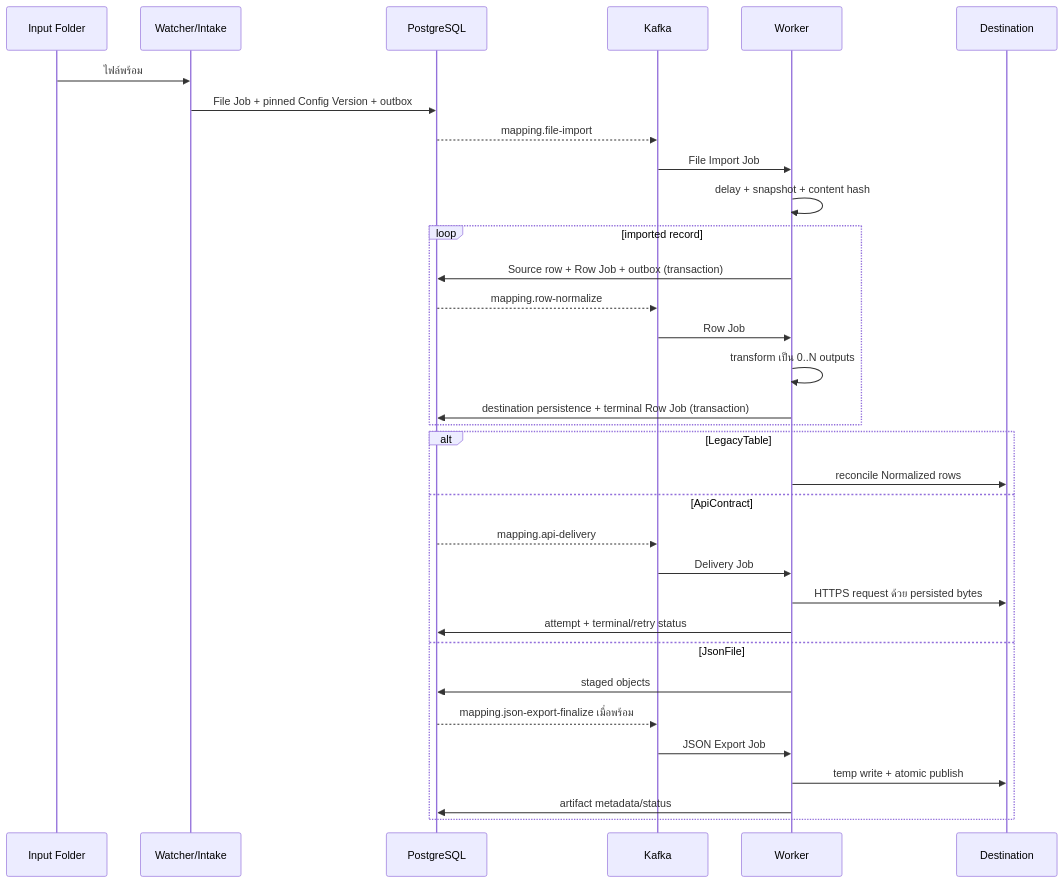
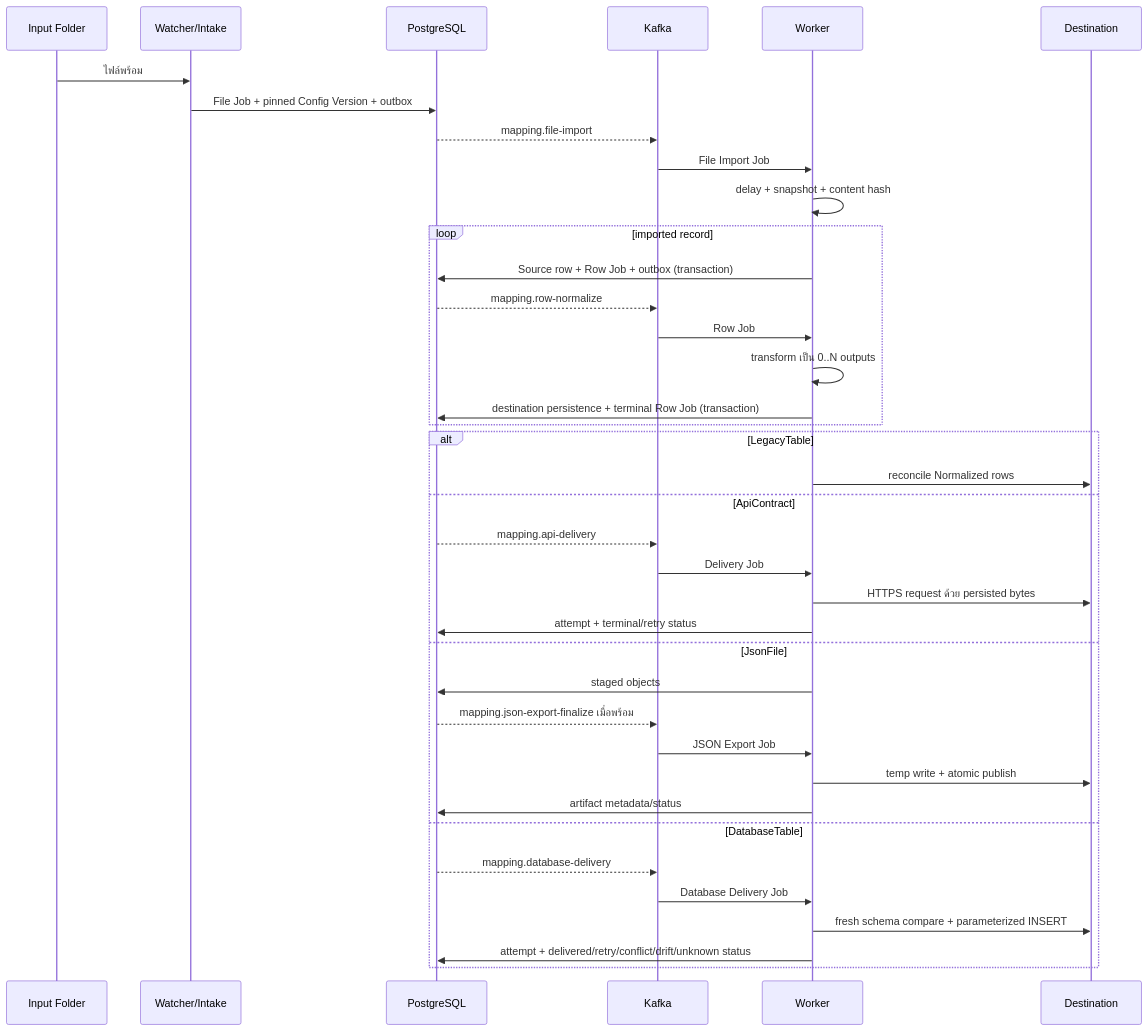
The fourth of 7 diagrams in docs/current-mapping-demo-workflow.md (PatiphanBM/mapping-demo), drawn with Mermaid before and after one commit. The commit also changed other lines of this file and 81 other files, not shown here.

First line of the commit message:
Add integration tests for database destination profiles and schema inspection

````diff
--- a/docs/current-mapping-demo-workflow.md
+++ b/docs/current-mapping-demo-workflow.md
@@ -268,36 +275,41 @@
 ```mermaid
 sequenceDiagram
     participant Folder as Input Folder
     participant API as Watcher/Intake
     participant DB as PostgreSQL
     participant Kafka
     participant Worker
     participant Dest as Destination
 
     Folder->>API: ไฟล์พร้อม
     API->>DB: File Job + pinned Config Version + outbox
     DB-->>Kafka: mapping.file-import
     Kafka->>Worker: File Import Job
     Worker->>Worker: delay + snapshot + content hash
     loop imported record
         Worker->>DB: Source row + Row Job + outbox (transaction)
         DB-->>Kafka: mapping.row-normalize
         Kafka->>Worker: Row Job
         Worker->>Worker: transform เป็น 0..N outputs
         Worker->>DB: destination persistence + terminal Row Job (transaction)
     end
     alt LegacyTable
         Worker->>Dest: reconcile Normalized rows
     else ApiContract
         DB-->>Kafka: mapping.api-delivery
         Kafka->>Worker: Delivery Job
         Worker->>Dest: HTTPS request ด้วย persisted bytes
         Worker->>DB: attempt + terminal/retry status
     else JsonFile
         Worker->>DB: staged objects
         DB-->>Kafka: mapping.json-export-finalize เมื่อพร้อม
         Kafka->>Worker: JSON Export Job
         Worker->>Dest: temp write + atomic publish
         Worker->>DB: artifact metadata/status
+    else DatabaseTable
+        DB-->>Kafka: mapping.database-delivery
+        Kafka->>Worker: Database Delivery Job
+        Worker->>Dest: fresh schema compare + parameterized INSERT
+        Worker->>DB: attempt + delivered/retry/conflict/drift/unknown status
     end
 ```
````
